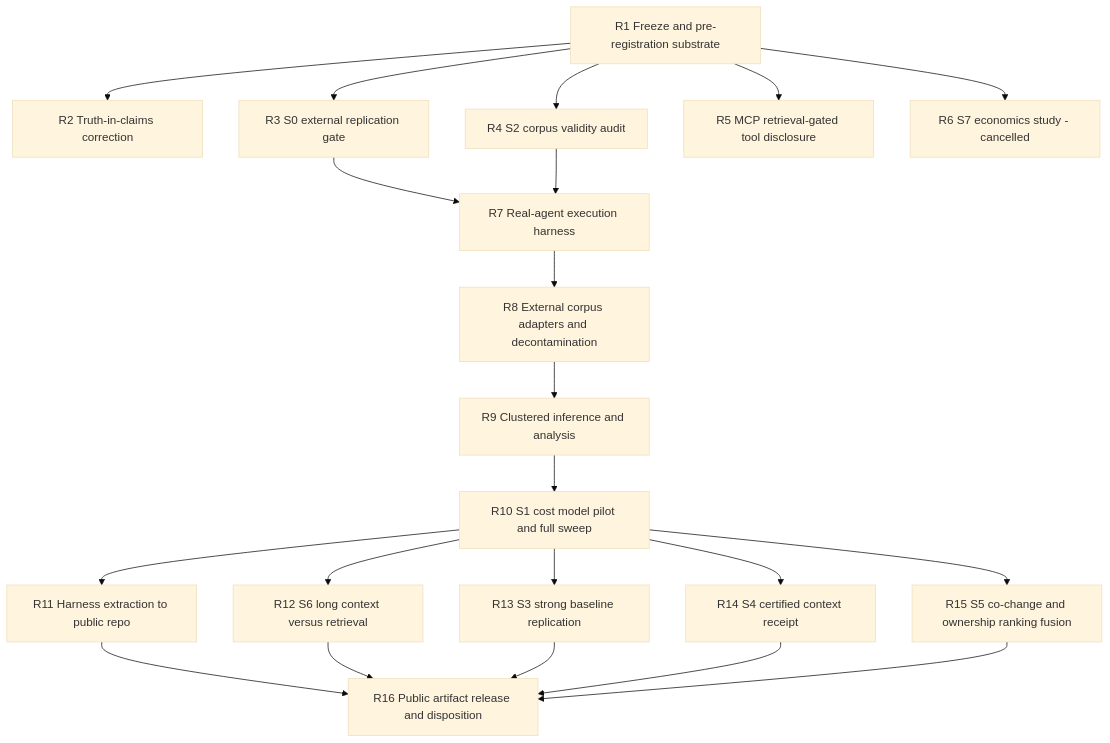
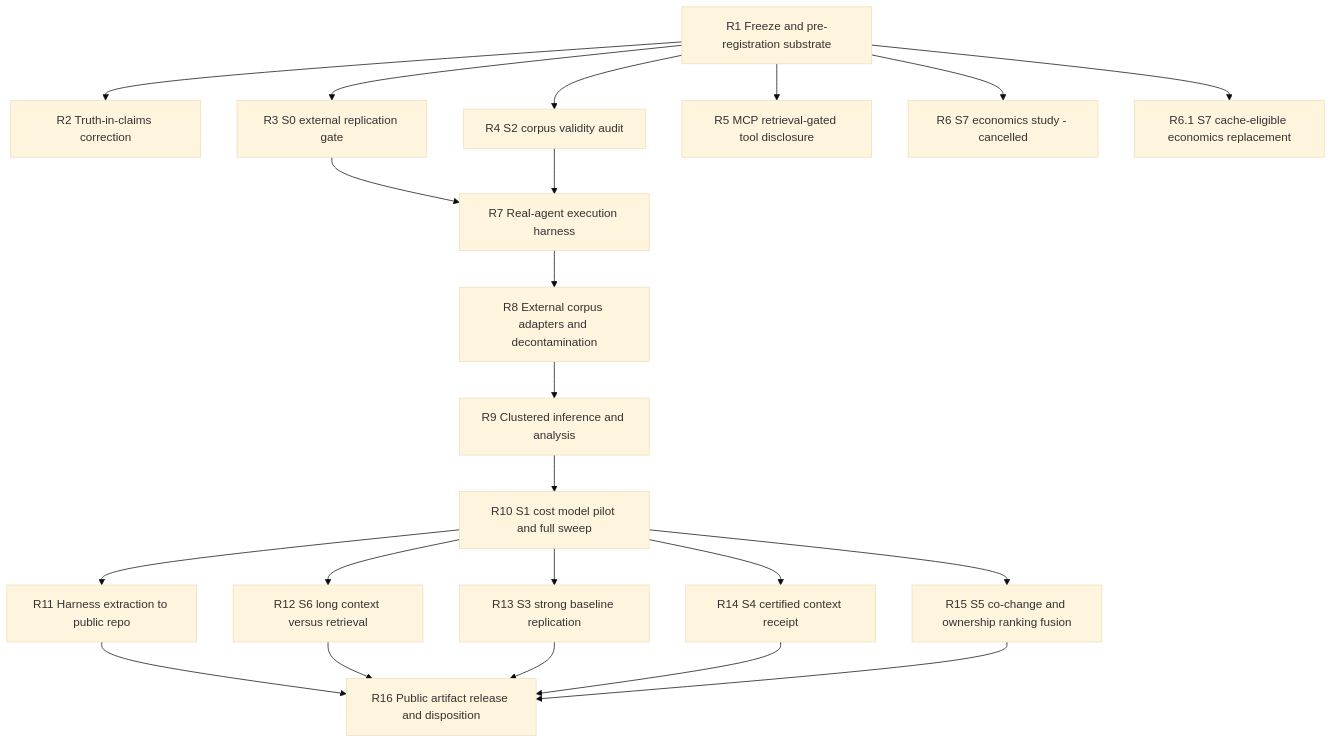
One commit to Mathews-Tom/archex changed the first of 3 diagrams in .docs/DEVELOPMENT_PLAN.md. Above: the diagram before and after it, drawn with Mermaid (base theme). The commit also changed other lines of this file and 1 other file, not shown here.

````diff
--- a/.docs/DEVELOPMENT_PLAN.md
+++ b/.docs/DEVELOPMENT_PLAN.md
@@ -40,40 +40,42 @@
 ```mermaid
 graph TD
   R1[R1 Freeze and pre-registration substrate]
   R2[R2 Truth-in-claims correction]
   R3[R3 S0 external replication gate]
   R4[R4 S2 corpus validity audit]
   R5[R5 MCP retrieval-gated tool disclosure]
   R6[R6 S7 economics study - cancelled]
+  R61[R6.1 S7 cache-eligible economics replacement]
   R7[R7 Real-agent execution harness]
   R8[R8 External corpus adapters and decontamination]
   R9[R9 Clustered inference and analysis]
   R10[R10 S1 cost model pilot and full sweep]
   R11[R11 Harness extraction to public repo]
   R12[R12 S6 long context versus retrieval]
   R13[R13 S3 strong baseline replication]
   R14[R14 S4 certified context receipt]
   R15[R15 S5 co-change and ownership ranking fusion]
   R16[R16 Public artifact release and disposition]
 
   R1 --> R2
   R1 --> R3
   R1 --> R4
   R1 --> R5
   R1 --> R6
+  R1 --> R61
   R3 --> R7
   R4 --> R7
   R7 --> R8
   R8 --> R9
   R9 --> R10
   R10 --> R11
   R10 --> R12
   R10 --> R13
   R10 --> R14
   R10 --> R15
   R11 --> R16
   R12 --> R16
   R13 --> R16
   R14 --> R16
   R15 --> R16
 ```
````
